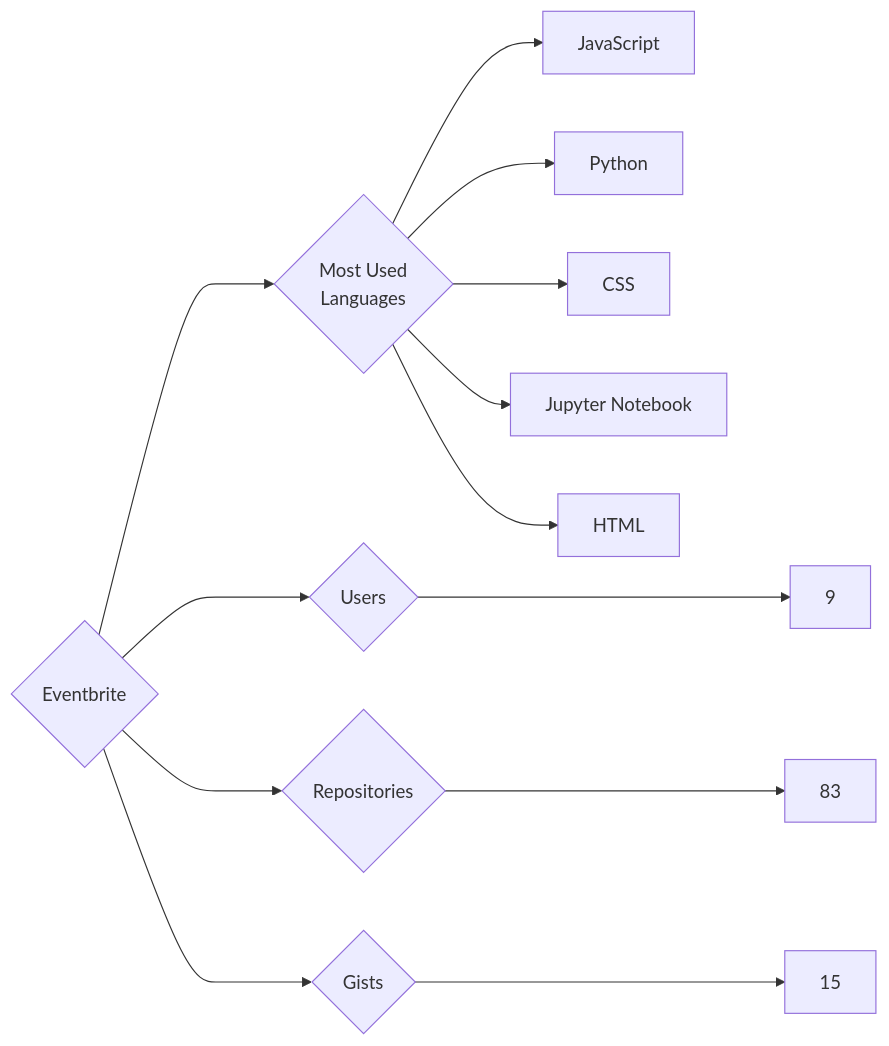
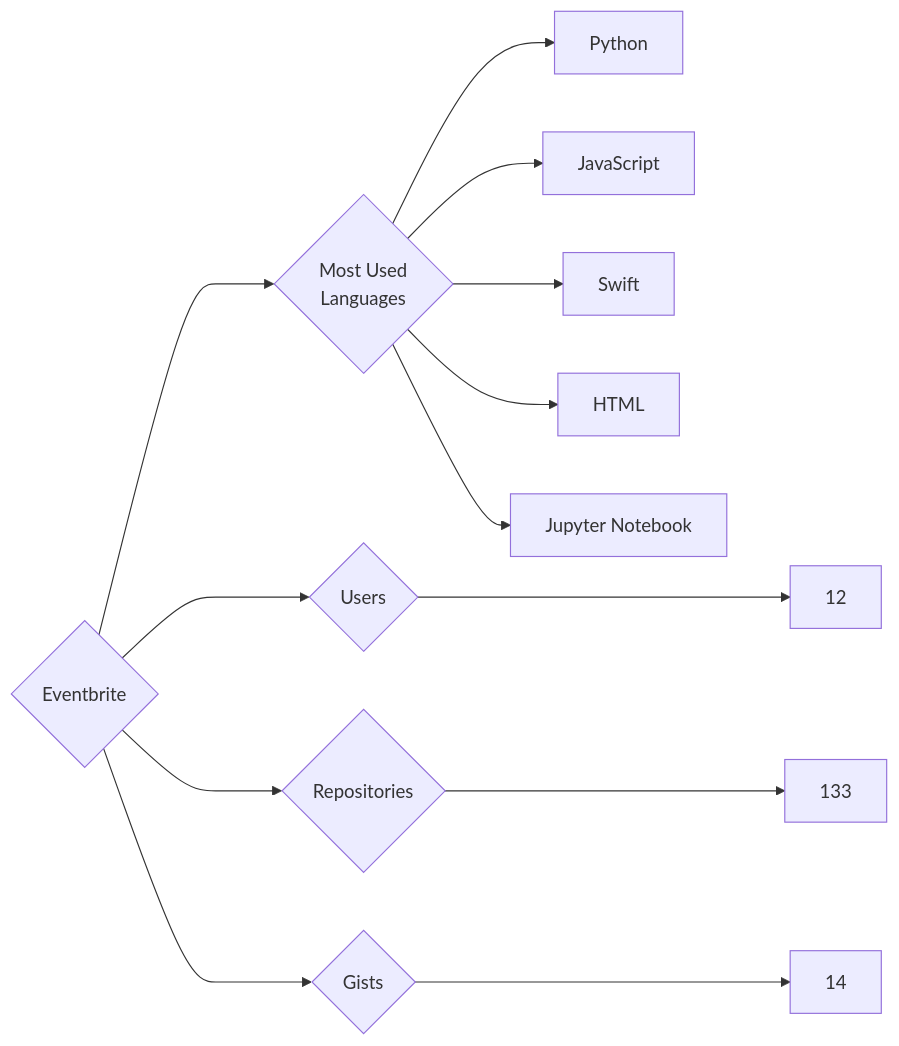
One commit to trickest/insiders changed the diagram in targets/Eventbrite/README.md. Above: the diagram before and after it, drawn with Mermaid. The commit also changed 752 other files, not shown here.

````diff
--- a/targets/Eventbrite/README.md
+++ b/targets/Eventbrite/README.md
@@ -3,13 +3,13 @@
 ```mermaid
 graph LR
 COMPANY_NAME{Eventbrite}
-COMPANY_NAME ---> U{Users} ---> UN[9]
-COMPANY_NAME ---> R{Repositories} ---> RN[83]
-COMPANY_NAME ---> G{Gists} ---> GN[15]
+COMPANY_NAME ---> U{Users} ---> UN[12]
+COMPANY_NAME ---> R{Repositories} ---> RN[133]
+COMPANY_NAME ---> G{Gists} ---> GN[14]
 COMPANY_NAME ---> ML{Most Used<br>Languages}
+ML --> Python[Python]
 ML --> JavaScript[JavaScript]
-ML --> Python[Python]
-ML --> CSS[CSS]
+ML --> Swift[Swift]
+ML --> HTML[HTML]
 ML --> Jupyter_Notebook[Jupyter Notebook]
-ML --> HTML[HTML]
 ```
````
